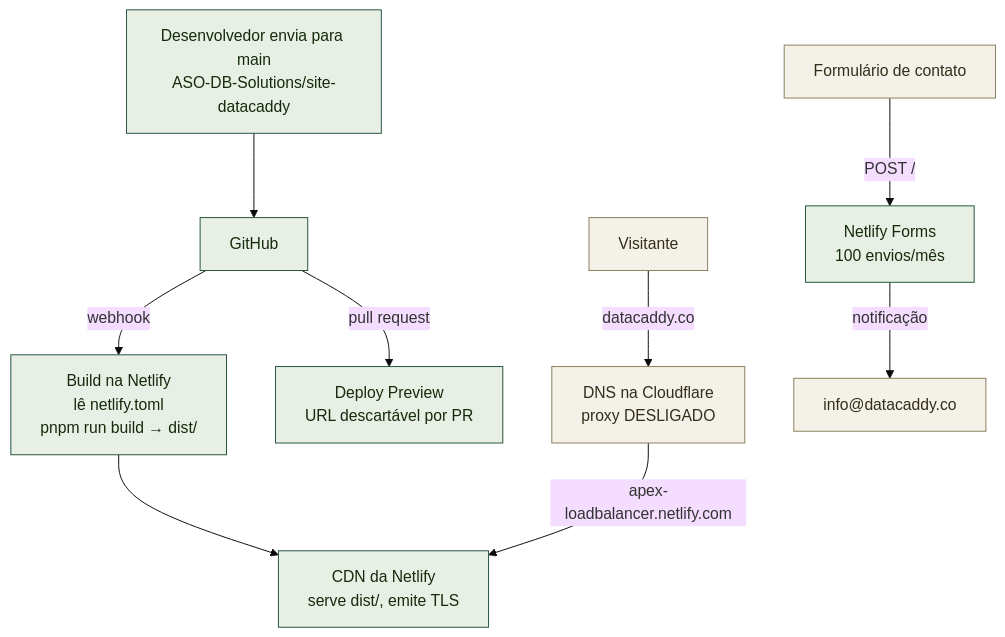
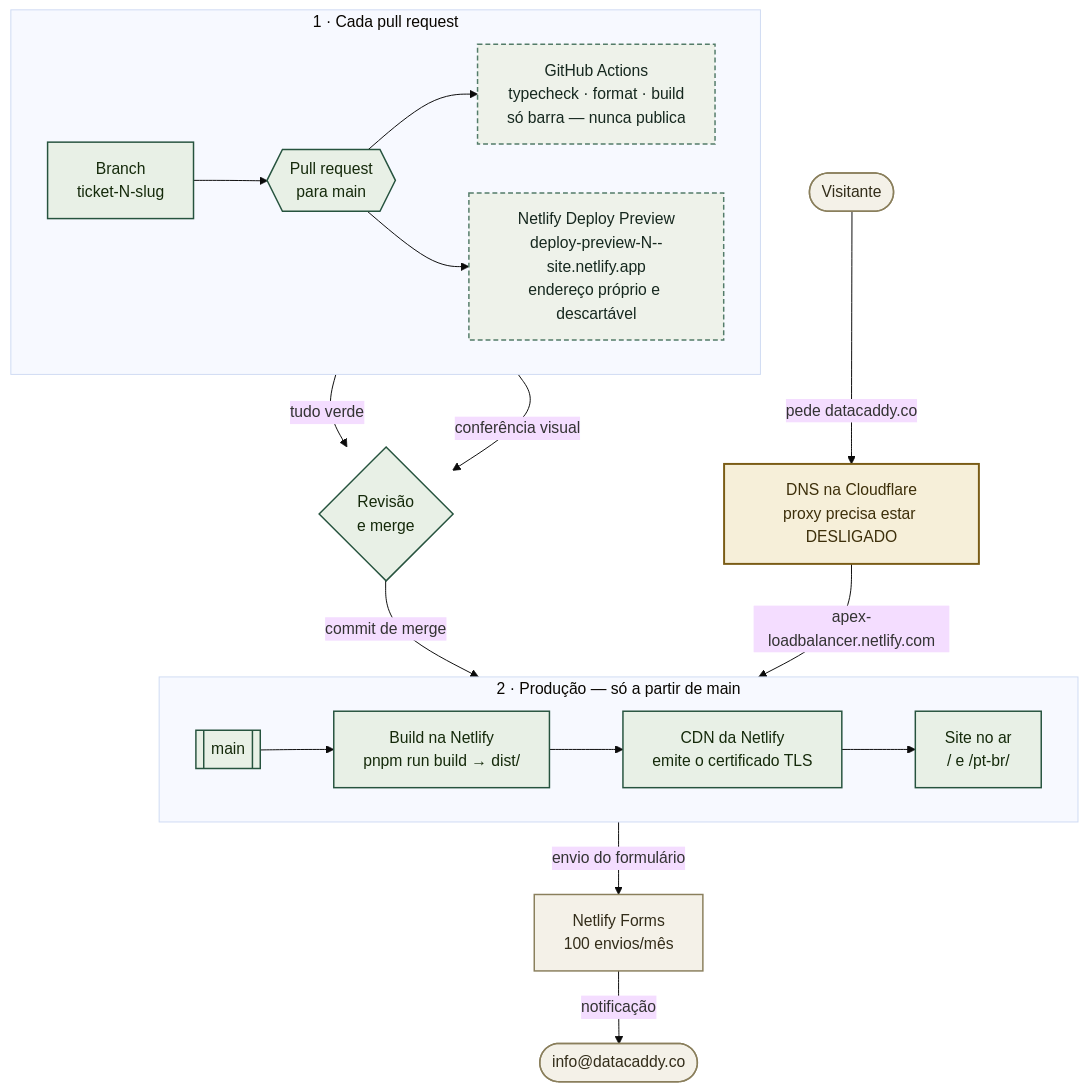
Before and after one commit to ASO-DB-Solutions/site-datacaddy: the diagram in docs/NETLIFY-SETUP.pt-BR.md, drawn with Mermaid (base theme). The commit also changed other lines of this file and 1 other file, not shown here.

````diff
--- a/docs/NETLIFY-SETUP.pt-BR.md
+++ b/docs/NETLIFY-SETUP.pt-BR.md
@@ -11,16 +15,35 @@
 ```mermaid
-flowchart TD
-    DEV["Desenvolvedor envia para main<br/>ASO-DB-Solutions/site-datacaddy"] --> GH["GitHub"]
-    GH -->|"webhook"| NB["Build na Netlify<br/>lê netlify.toml<br/>pnpm run build → dist/"]
-    GH -->|"pull request"| PR["Deploy Preview<br/>URL descartável por PR"]
-    NB --> CDN["CDN da Netlify<br/>serve dist/, emite TLS"]
-    VIS["Visitante"] -->|"datacaddy.co"| DNS["DNS na Cloudflare<br/>proxy DESLIGADO"]
+flowchart TB
+    subgraph WORK["1 · Cada pull request"]
+        direction LR
+        BR["Branch<br/>ticket-N-slug"] --> PR{{"Pull request<br/>para main"}}
+        PR --> CI["GitHub Actions<br/>typecheck · format · build<br/>só barra — nunca publica"]
+        PR --> PV["Netlify Deploy Preview<br/>deploy-preview-N--site.netlify.app<br/>endereço próprio e descartável"]
+    end
+
+    CI -->|"tudo verde"| MG{"Revisão<br/>e merge"}
+    PV -->|"conferência visual"| MG
+
+    subgraph LIVE["2 · Produção — só a partir de main"]
+        direction LR
+        MAIN[["main"]] --> BLD["Build na Netlify<br/>pnpm run build → dist/"]
+        BLD --> CDN["CDN da Netlify<br/>emite o certificado TLS"]
+        CDN --> SITE["Site no ar<br/>/ e /pt-br/"]
+    end
+
+    MG -->|"commit de merge"| MAIN
+
+    VIS(["Visitante"]) -->|"pede datacaddy.co"| DNS["DNS na Cloudflare<br/>proxy precisa estar DESLIGADO"]
     DNS -->|"apex-loadbalancer.netlify.com"| CDN
-    FORM["Formulário de contato"] -->|"POST /"| NF["Netlify Forms<br/>100 envios/mês"]
-    NF -->|"notificação"| MAIL["info@datacaddy.co"]
+    SITE -->|"envio do formulário"| NF["Netlify Forms<br/>100 envios/mês"]
+    NF -->|"notificação"| MAIL(["info@datacaddy.co"])
 
-    classDef ours fill:#e8f0e6,stroke:#26533e,color:#152a0b
-    classDef ext fill:#f4f1e8,stroke:#8a7f5c,color:#332d1a
-    class DEV,GH,NB,PR,CDN,NF ours
-    class DNS,VIS,MAIL,FORM ext
+    classDef ours fill:#e8f0e6,stroke:#26533e,stroke-width:1.5px,color:#152a0b
+    classDef gate fill:#eef2ea,stroke:#537c69,stroke-width:1.5px,color:#16281f,stroke-dasharray:5 3
+    classDef ext fill:#f4f1e8,stroke:#8a7f5c,stroke-width:1.5px,color:#332d1a
+    classDef warn fill:#f6efd9,stroke:#7a5c16,stroke-width:2px,color:#3d2f0a
+    class BR,PR,MG,MAIN,BLD,CDN,SITE ours
+    class CI,PV gate
+    class VIS,NF,MAIL ext
+    class DNS warn
 ```
````
